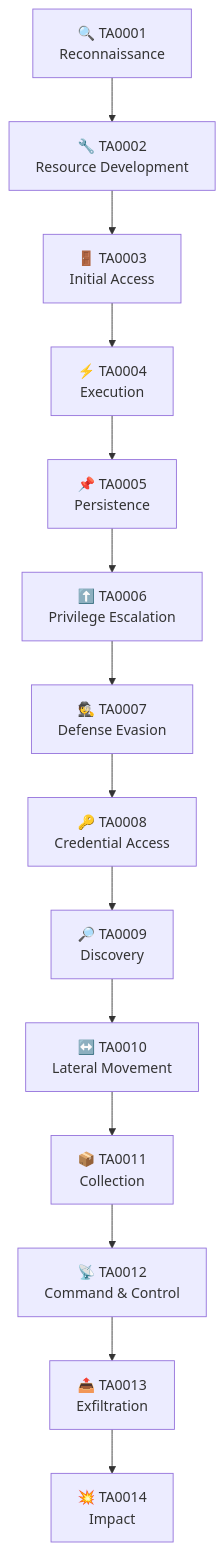
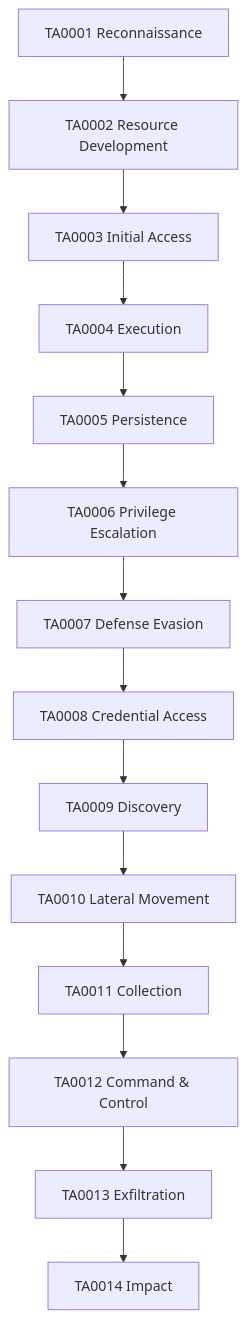
Before and after one commit to yugmerabtene/techniques-de-hacking-niveau-1: the second of 5 diagrams in JOUR-01.md, drawn with Mermaid. The commit also changed other lines of this file and 8 other files, not shown here.

````diff
--- a/JOUR-01.md
+++ b/JOUR-01.md
@@ -188,16 +241,16 @@
 ```mermaid
 flowchart TB
-    TA0001["🔍 TA0001<br/>Reconnaissance"] --> TA0002["🔧 TA0002<br/>Resource Development"]
-    TA0002 --> TA0003["🚪 TA0003<br/>Initial Access"]
-    TA0003 --> TA0004["⚡ TA0004<br/>Execution"]
-    TA0004 --> TA0005["📌 TA0005<br/>Persistence"]
-    TA0005 --> TA0006["⬆️ TA0006<br/>Privilege Escalation"]
-    TA0006 --> TA0007["🕵️ TA0007<br/>Defense Evasion"]
-    TA0007 --> TA0008["🔑 TA0008<br/>Credential Access"]
-    TA0008 --> TA0009["🔎 TA0009<br/>Discovery"]
-    TA0009 --> TA0010["↔️ TA0010<br/>Lateral Movement"]
-    TA0010 --> TA0011["📦 TA0011<br/>Collection"]
-    TA0011 --> TA0012["📡 TA0012<br/>Command & Control"]
-    TA0012 --> TA0013["📤 TA0013<br/>Exfiltration"]
-    TA0013 --> TA0014["💥 TA0014<br/>Impact"]
+    TA0001["TA0001 Reconnaissance"] --> TA0002["TA0002 Resource Development"]
+    TA0002 --> TA0003["TA0003 Initial Access"]
+    TA0003 --> TA0004["TA0004 Execution"]
+    TA0004 --> TA0005["TA0005 Persistence"]
+    TA0005 --> TA0006["TA0006 Privilege Escalation"]
+    TA0006 --> TA0007["TA0007 Defense Evasion"]
+    TA0007 --> TA0008["TA0008 Credential Access"]
+    TA0008 --> TA0009["TA0009 Discovery"]
+    TA0009 --> TA0010["TA0010 Lateral Movement"]
+    TA0010 --> TA0011["TA0011 Collection"]
+    TA0011 --> TA0012["TA0012 Command & Control"]
+    TA0012 --> TA0013["TA0013 Exfiltration"]
+    TA0013 --> TA0014["TA0014 Impact"]
 ```
````
